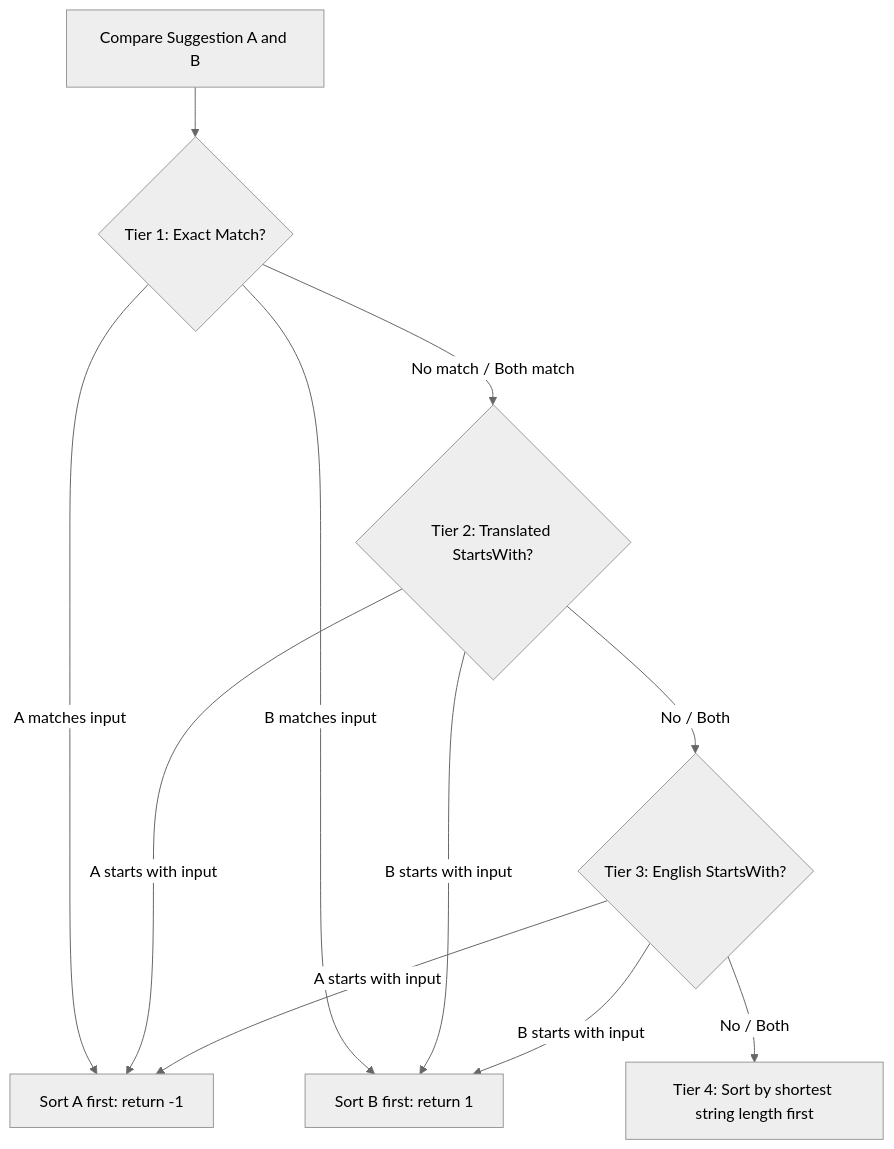
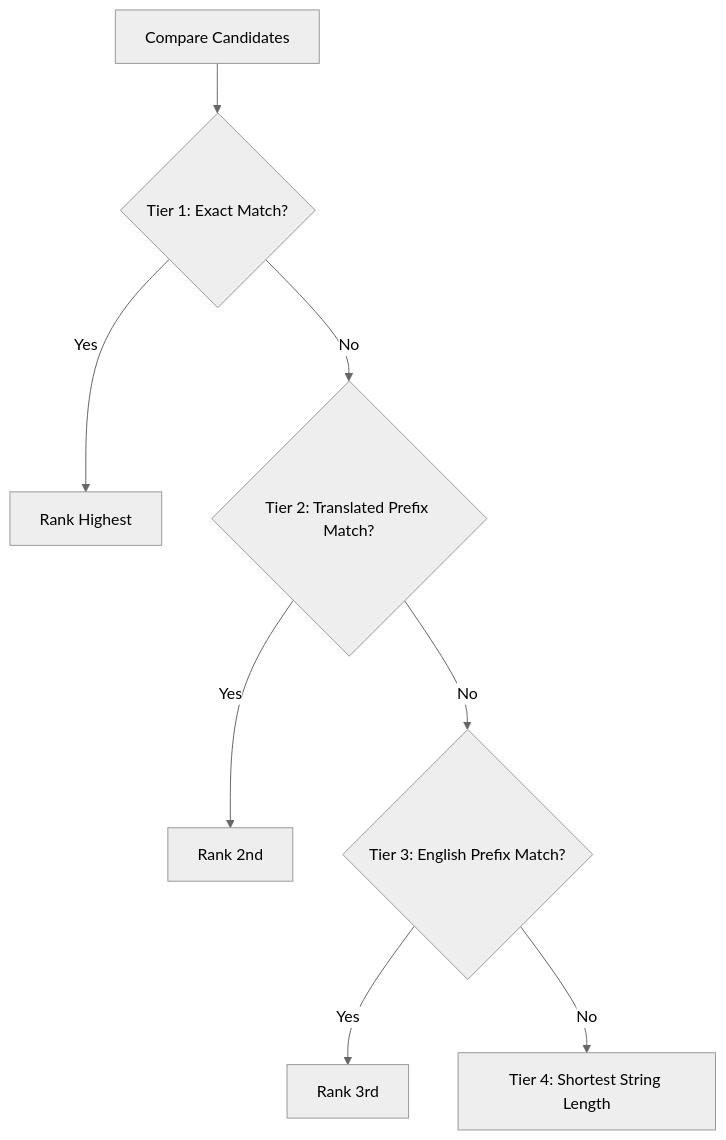
One commit to ScriptureHabit/scripture-habit changed the second of 2 diagrams in docs/incremental-book-suggestions.md. Above: the diagram before and after it, drawn with Mermaid (neutral theme). The commit also changed other lines of this file and 19 other files, not shown here.

````diff
--- a/docs/incremental-book-suggestions.md
+++ b/docs/incremental-book-suggestions.md
@@ -79,16 +37,10 @@
 ```mermaid
 graph TD
-    Start[Compare Suggestion A and B] --> Tier1{Tier 1: Exact Match?}
-    
-    Tier1 -- "A matches input" --> ReturnA[Sort A first: return -1]
-    Tier1 -- "B matches input" --> ReturnB[Sort B first: return 1]
-    Tier1 -- No match / Both match --> Tier2{Tier 2: Translated StartsWith?}
-    
-    Tier2 -- "A starts with input" --> ReturnA
-    Tier2 -- "B starts with input" --> ReturnB
-    Tier2 -- No / Both --> Tier3{Tier 3: English StartsWith?}
-    
-    Tier3 -- "A starts with input" --> ReturnA
-    Tier3 -- "B starts with input" --> ReturnB
-    Tier3 -- No / Both --> Tier4[Tier 4: Sort by shortest string length first]
+    Start[Compare Candidates] --> T1{Tier 1: Exact Match?}
+    T1 -- Yes --> R1[Rank Highest]
+    T1 -- No --> T2{Tier 2: Translated Prefix Match?}
+    T2 -- Yes --> R2[Rank 2nd]
+    T2 -- No --> T3{Tier 3: English Prefix Match?}
+    T3 -- Yes --> R3[Rank 3rd]
+    T3 -- No --> T4[Tier 4: Shortest String Length]
 ```
````
